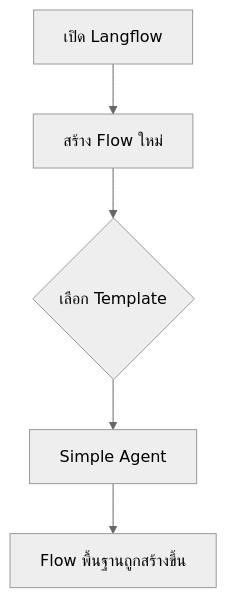
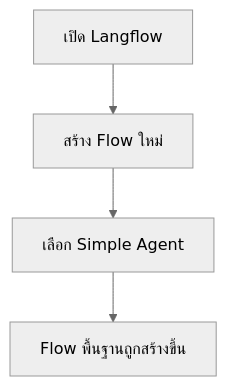
Before and after one commit to amornpan/langflow-ai: the eighth of 18 diagrams in hand-on_2-3/README_TH.md, drawn with Mermaid (neutral theme). The commit also changed other lines of this file and 3 other files, not shown here.

````diff
--- a/hand-on_2-3/README_TH.md
+++ b/hand-on_2-3/README_TH.md
@@ -202,7 +202,6 @@
 ```mermaid
 flowchart TD
     A[เปิด Langflow] --> B[สร้าง Flow ใหม่]
-    B --> C{เลือก Template}
-    C --> D[Simple Agent]
-    D --> E[Flow พื้นฐานถูกสร้างขึ้น]
+    B --> C[เลือก Simple Agent]
+    C --> D[Flow พื้นฐานถูกสร้างขึ้น]
 ```
````
